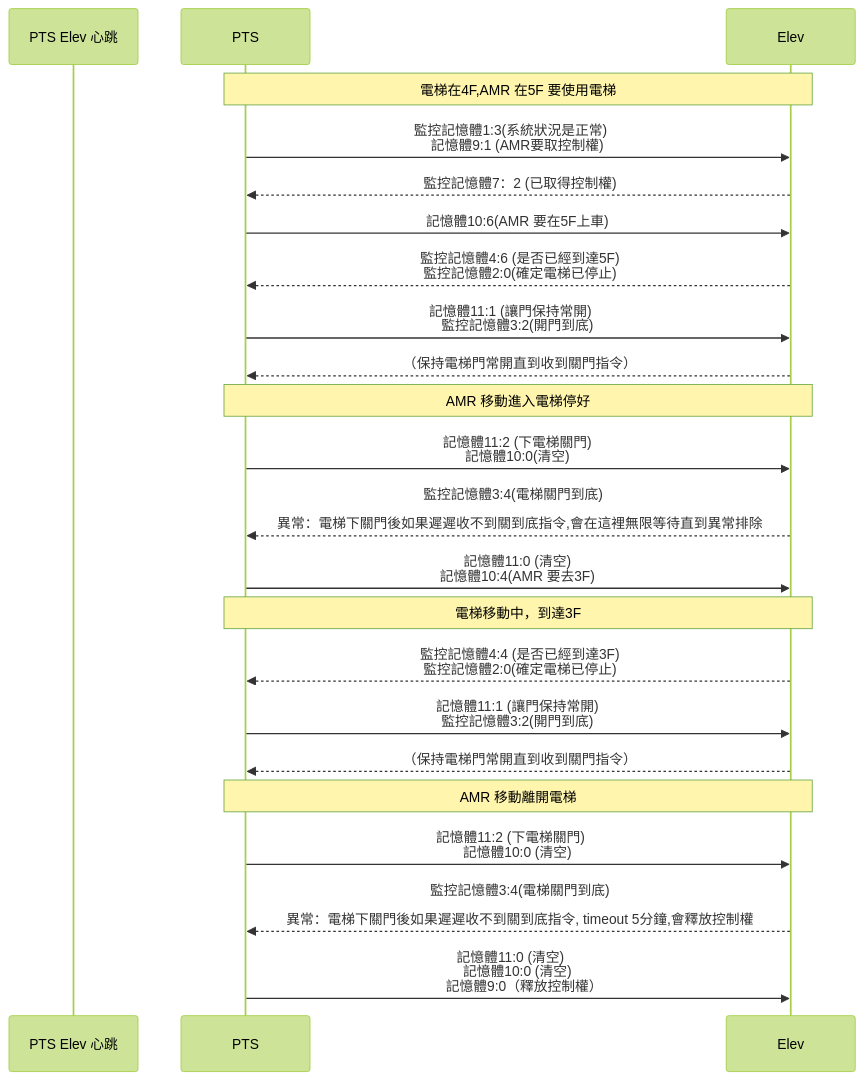
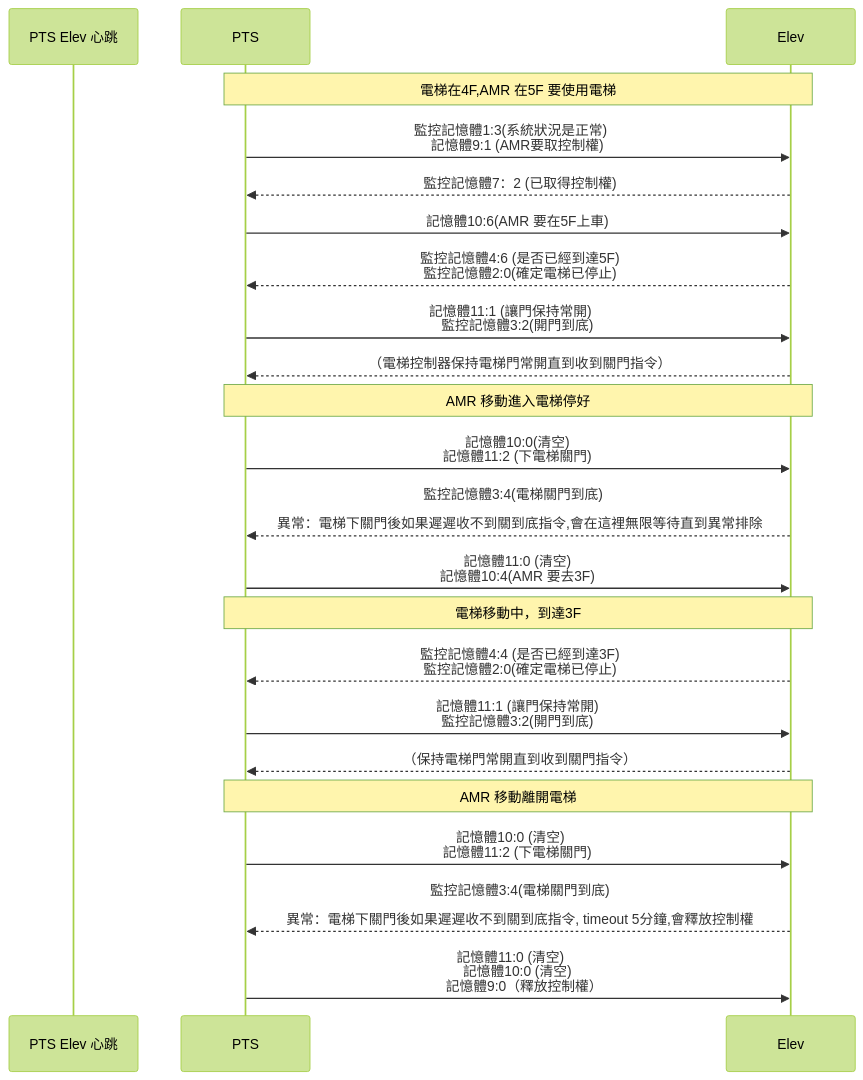
The second of 2 diagrams in README.md (athena-tircgo/amr-elev-Zhunan), drawn with Mermaid (forest theme) before and after one commit.

````diff
--- a/README.md
+++ b/README.md
@@ -23,28 +23,28 @@
 ```mermaid
 sequenceDiagram
 
     participant PTS Elev 心跳
     participant PTS
     participant Elev
 
  note over PTS,Elev: 電梯在4F,AMR 在5F 要使用電梯
         PTS->>Elev:監控記憶體1:3(系統狀況是正常)　<br>記憶體9:1 (AMR要取控制權)
         Elev-->>PTS:監控記憶體7：2 (已取得控制權)
         PTS->>Elev: 記憶體10:6(AMR 要在5F上車)
         Elev-->>PTS:監控記憶體4:6 (是否已經到達5F) <BR> 監控記憶體2:0(確定電梯已停止)
         PTS->>Elev: 記憶體11:1 (讓門保持常開)　<BR> 監控記憶體3:2(開門到底)
-        Elev-->>PTS:（保持電梯門常開直到收到關門指令）
+        Elev-->>PTS:（電梯控制器保持電梯門常開直到收到關門指令）
  note over PTS,Elev: AMR 移動進入電梯停好
-        PTS->>Elev:　記憶體11:2 (下電梯關門) <br> 記憶體10:0(清空)
+        PTS->>Elev:　記憶體10:0(清空) <br> 記憶體11:2 (下電梯關門)
         Elev-->>PTS: 監控記憶體3:4(電梯關門到底)　<br><br>異常：電梯下關門後如果遲遲收不到關到底指令,會在這裡無限等待直到異常排除
         PTS->>Elev: 記憶體11:0 (清空) <br> 記憶體10:4(AMR 要去3F)
  note over PTS,Elev: 電梯移動中，到達3F
 　　　　　Elev-->>PTS: 監控記憶體4:4 (是否已經到達3F) <BR> 監控記憶體2:0(確定電梯已停止)
         PTS->>Elev: 記憶體11:1 (讓門保持常開) <BR> 監控記憶體3:2(開門到底)
         Elev-->>PTS:（保持電梯門常開直到收到關門指令）
  note over PTS,Elev: AMR 移動離開電梯
-        PTS->>Elev: 記憶體11:2 (下電梯關門)　<br> 記憶體10:0 (清空)
+        PTS->>Elev: 記憶體10:0 (清空)　<br> 記憶體11:2 (下電梯關門)
         Elev-->>PTS: 監控記憶體3:4(電梯關門到底) <br><br> 異常：電梯下關門後如果遲遲收不到關到底指令, timeout 5分鐘,會釋放控制權
         PTS->>Elev: 記憶體11:0 (清空)　<br> 記憶體10:0 (清空) <br>　記憶體9:0（釋放控制權）
 　　　　　
 ```
````
